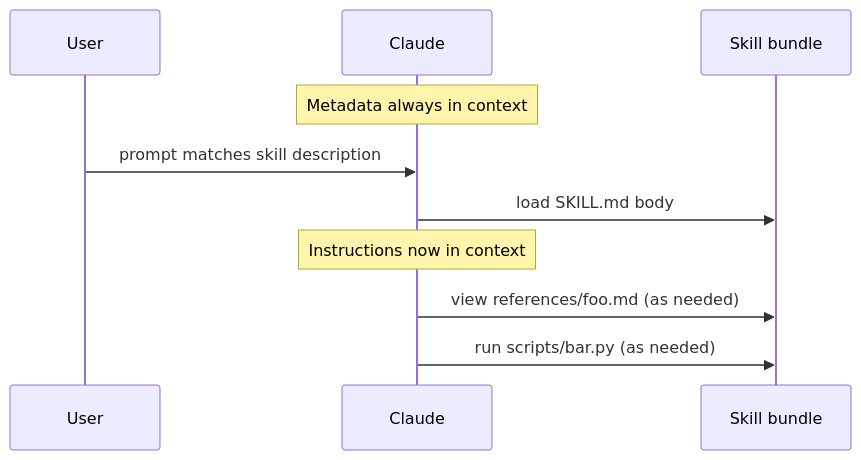
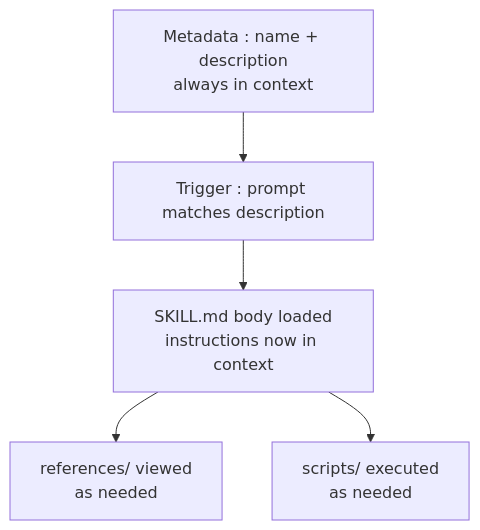
Before and after one commit to bilarikan/bilarikan.github.io: the first of 3 diagrams in content/posts/claude-skills-copilot-mapping/index.md, drawn with Mermaid.

Commit message:
Convert progressive-disclosure sequence diagram to flowchart TD
Align with the style guide's preference for top-down flowcharts.
The TD layout renders vertically rather than wide, matching the
post's other diagrams.

```diff
--- a/content/posts/claude-skills-copilot-mapping/index.md
+++ b/content/posts/claude-skills-copilot-mapping/index.md
@@ -79,12 +79,12 @@
 {{< mermaid >}}
-sequenceDiagram
-  participant U as User
-  participant C as Claude
-  participant S as Skill bundle
-  Note over C: Metadata always in context
-  U->>C: prompt matches skill description
-  C->>S: load SKILL.md body
-  Note over C: Instructions now in context
-  C->>S: view references/foo.md (as needed)
-  C->>S: run scripts/bar.py (as needed)
+flowchart TD
+  M[Metadata : name + description<br/>always in context]
+  T[Trigger : prompt matches description]
+  B[SKILL.md body loaded<br/>instructions now in context]
+  R[references/ viewed<br/>as needed]
+  S[scripts/ executed<br/>as needed]
+  M --> T
+  T --> B
+  B --> R
+  B --> S
 {{< /mermaid >}}
```
